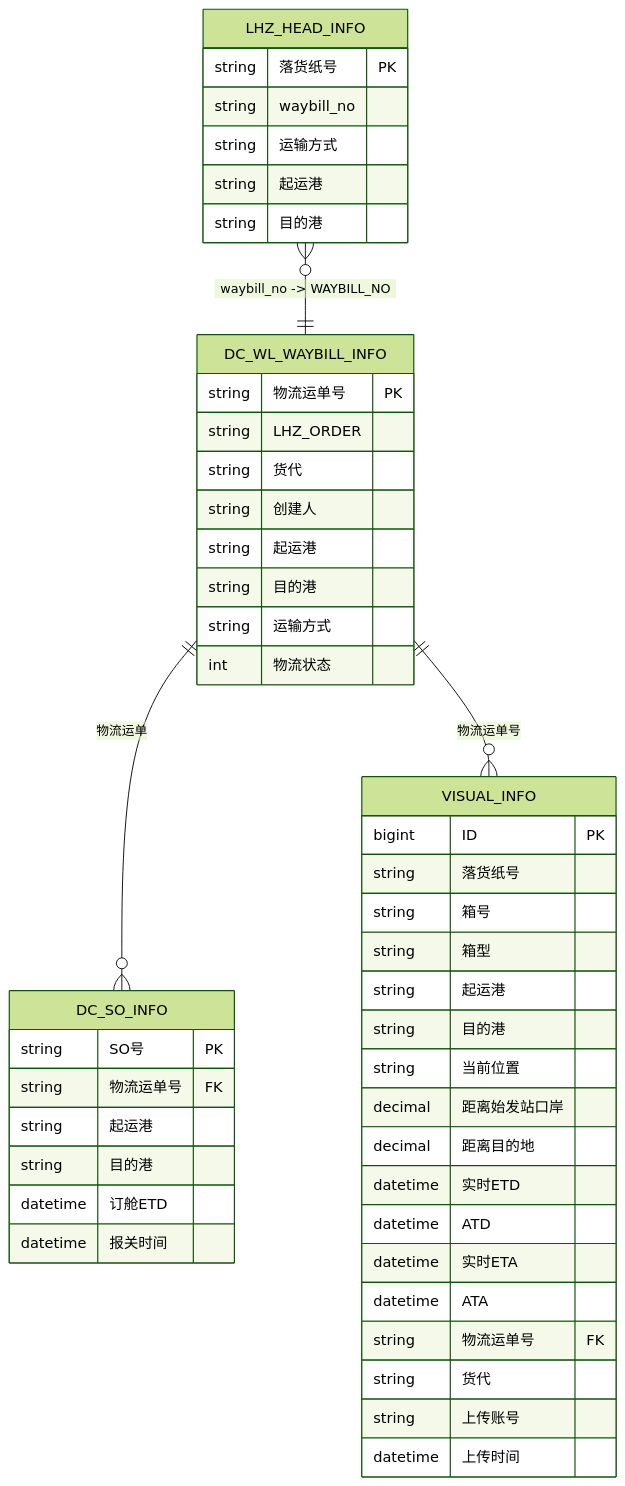
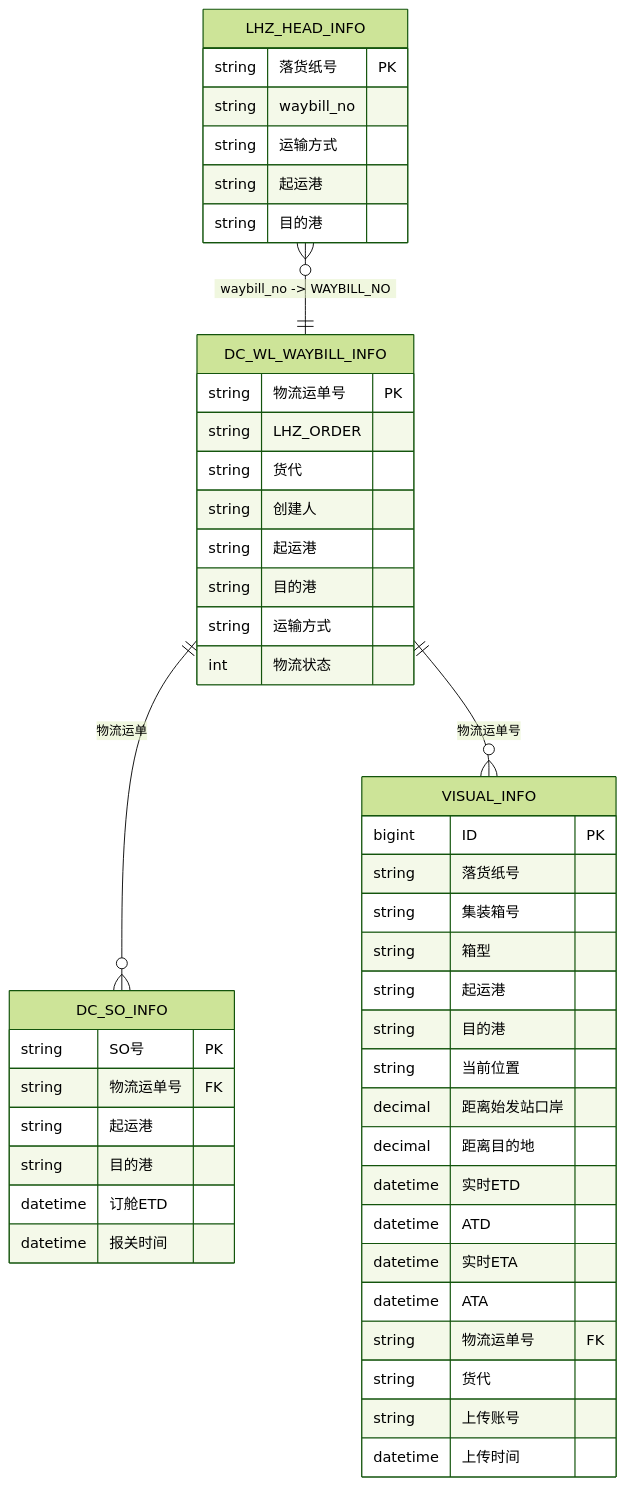
One commit to bdgoodbr/xuyou changed the fourth of 4 diagrams in Desktop/HTM/中远海/00-HTM功能汇总/02-订舱管理-铁运订舱管理.md. Above: the diagram before and after it, drawn with Mermaid (forest theme). The commit also changed other lines of this file and 1 other file, not shown here.

````diff
--- a/Desktop/HTM/中远海/00-HTM功能汇总/02-订舱管理-铁运订舱管理.md
+++ b/Desktop/HTM/中远海/00-HTM功能汇总/02-订舱管理-铁运订舱管理.md
@@ -1530,54 +1532,54 @@
 ```mermaid
 erDiagram
     LHZ_HEAD_INFO }o--|| DC_WL_WAYBILL_INFO : "waybill_no -> WAYBILL_NO"
     DC_WL_WAYBILL_INFO ||--o{ DC_SO_INFO : "物流运单"
     DC_WL_WAYBILL_INFO ||--o{ VISUAL_INFO : "物流运单号"
     
     LHZ_HEAD_INFO {
         string 落货纸号 PK
         string waybill_no
         string 运输方式
         string 起运港
         string 目的港
     }
     
     DC_WL_WAYBILL_INFO {
         string 物流运单号 PK
         string LHZ_ORDER
         string 货代
         string 创建人
         string 起运港
         string 目的港
         string 运输方式
         int 物流状态
     }
     
     DC_SO_INFO {
         string SO号 PK
         string 物流运单号 FK
         string 起运港
         string 目的港
         datetime 订舱ETD
         datetime 报关时间
     }
     
     VISUAL_INFO {
         bigint ID PK
         string 落货纸号
-        string 箱号
+        string 集装箱号
         string 箱型
         string 起运港
         string 目的港
         string 当前位置
         decimal 距离始发站口岸
         decimal 距离目的地
         datetime 实时ETD
         datetime ATD
         datetime 实时ETA
         datetime ATA
         string 物流运单号 FK
         string 货代
         string 上传账号
         datetime 上传时间
     }
 ```
````
